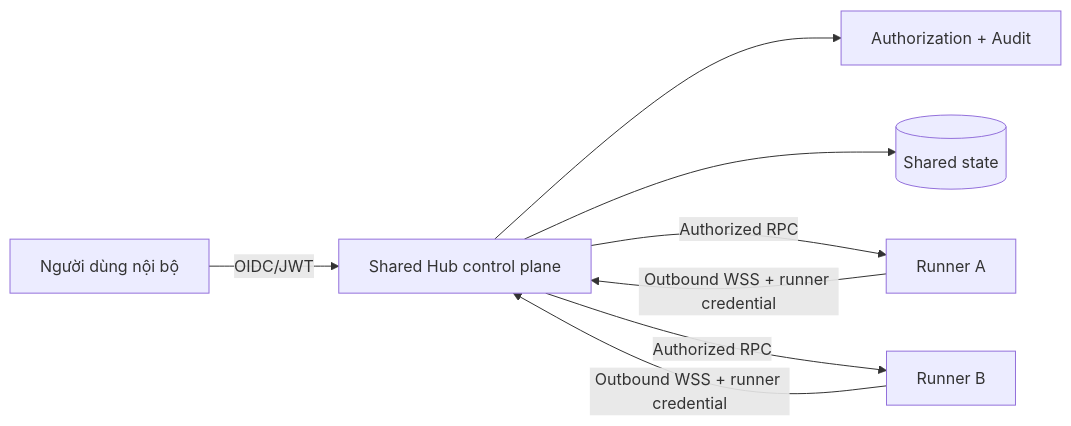
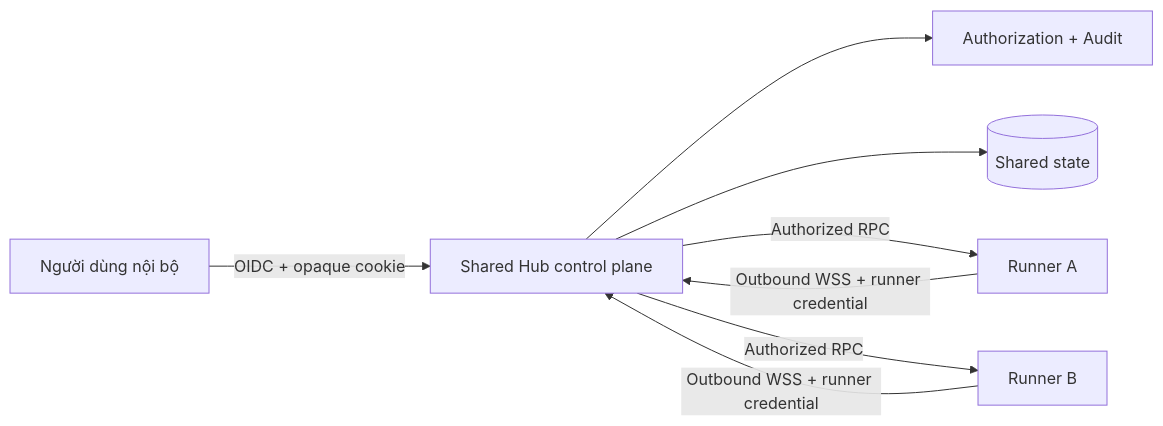
The first of 4 diagrams in _bmad-output/planning-artifacts/architecture/architecture-hapi-shared-hub-2026-07-13/ARCHITECTURE-SPINE.md (daudaudinang/hapi), drawn with Mermaid before and after one commit. The commit also changed other lines of this file and 138 other files, not shown here.

Commit message:
feat: implement Shared Hub pilot core

````diff
--- a/_bmad-output/planning-artifacts/architecture/architecture-hapi-shared-hub-2026-07-13/ARCHITECTURE-SPINE.md
+++ b/_bmad-output/planning-artifacts/architecture/architecture-hapi-shared-hub-2026-07-13/ARCHITECTURE-SPINE.md
@@ -26,10 +26,10 @@
 ```mermaid
 flowchart LR
-    User[Người dùng nội bộ] -->|OIDC/JWT| Hub[Shared Hub control plane]
+    User[Người dùng nội bộ] -->|OIDC + opaque cookie| Hub[Shared Hub control plane]
     Hub --> Authz[Authorization + Audit]
     Hub --> Store[(Shared state)]
     RunnerA[Runner A] -->|Outbound WSS + runner credential| Hub
     RunnerB[Runner B] -->|Outbound WSS + runner credential| Hub
     Hub -->|Authorized RPC| RunnerA
     Hub -->|Authorized RPC| RunnerB
 ```
````
